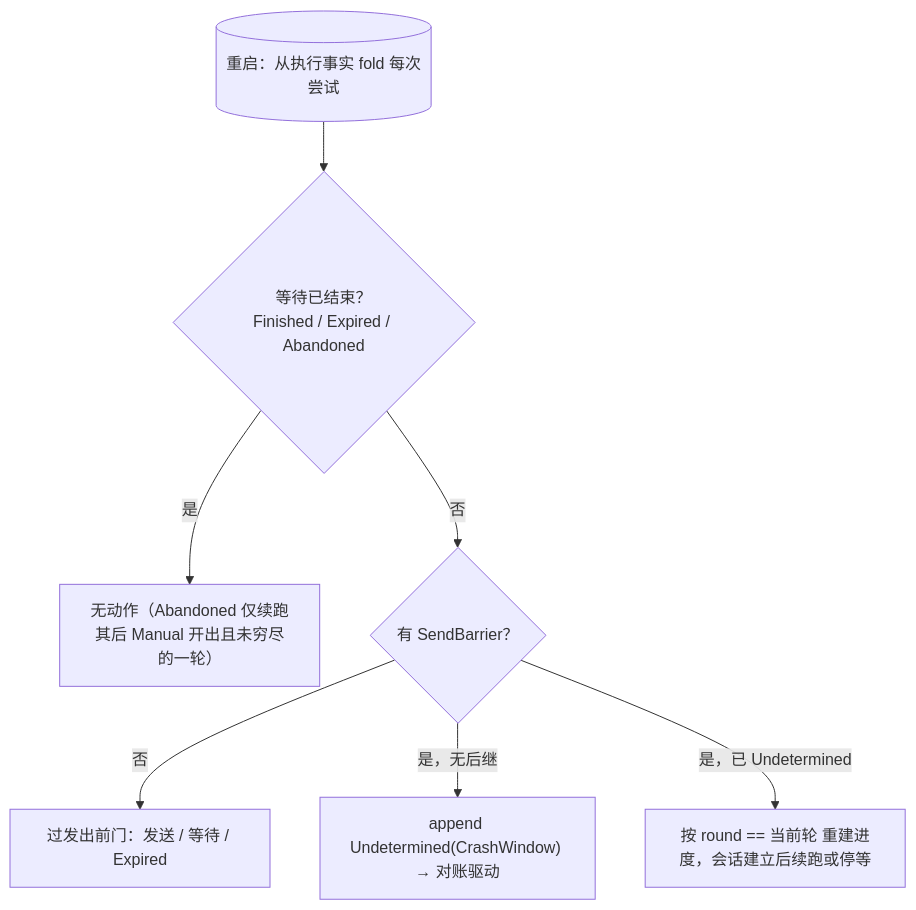
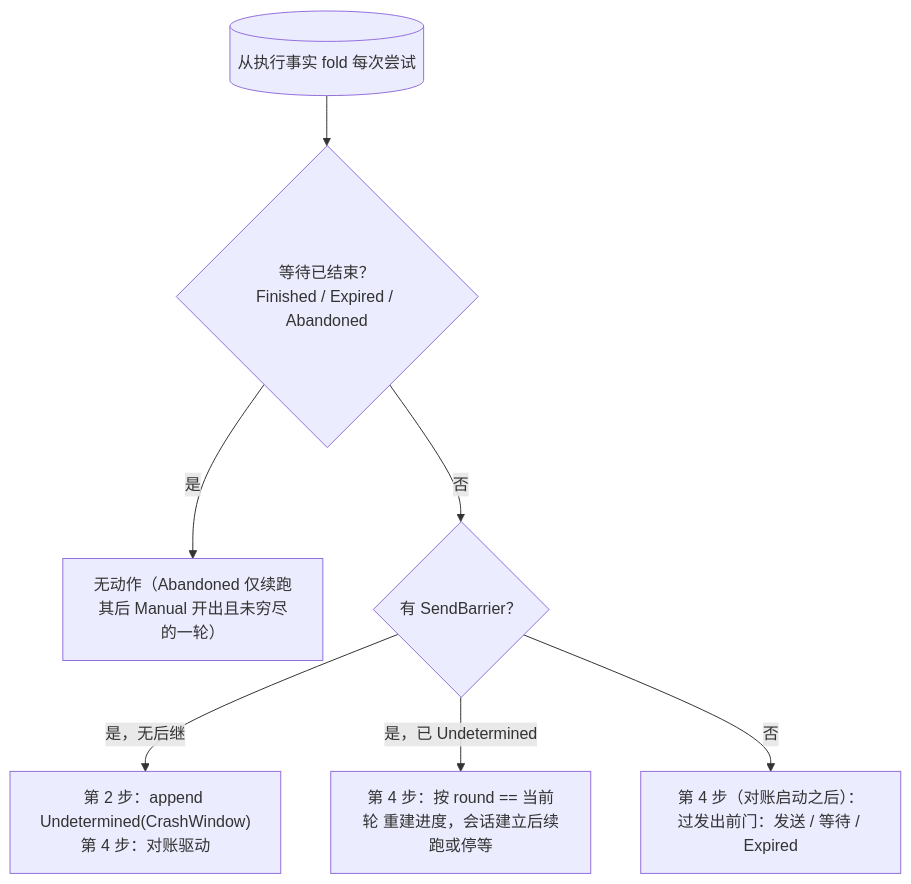
Before and after one commit to mouriya-s-lab/uta: the fourth of 4 diagrams in design/core/core-process/io-shell.md, drawn with Mermaid. The commit also changed other lines of this file and 6 other files, not shown here.

````diff
--- a/design/core/core-process/io-shell.md
+++ b/design/core/core-process/io-shell.md
@@ -553,9 +560,9 @@
 ```mermaid
 flowchart TB
-  S[("重启：从执行事实 fold 每次尝试")] --> Q1{"等待已结束？<br/>Finished / Expired / Abandoned"}
+  S[("从执行事实 fold 每次尝试")] --> Q1{"等待已结束？<br/>Finished / Expired / Abandoned"}
   Q1 -->|"是"| N1["无动作（Abandoned 仅续跑其后 Manual 开出且未穷尽的一轮）"]
   Q1 -->|"否"| Q2{"有 SendBarrier？"}
-  Q2 -->|"否"| G["过发出前门：发送 / 等待 / Expired"]
-  Q2 -->|"是，无后继"| U["append Undetermined(CrashWindow) → 对账驱动"]
-  Q2 -->|"是，已 Undetermined"| R["按 round == 当前轮 重建进度，会话建立后续跑或停等"]
+  Q2 -->|"是，无后继"| U["第 2 步：append Undetermined(CrashWindow)<br/>第 4 步：对账驱动"]
+  Q2 -->|"是，已 Undetermined"| R["第 4 步：按 round == 当前轮 重建进度，会话建立后续跑或停等"]
+  Q2 -->|"否"| G["第 4 步（对账启动之后）：过发出前门：发送 / 等待 / Expired"]
 ```
````
